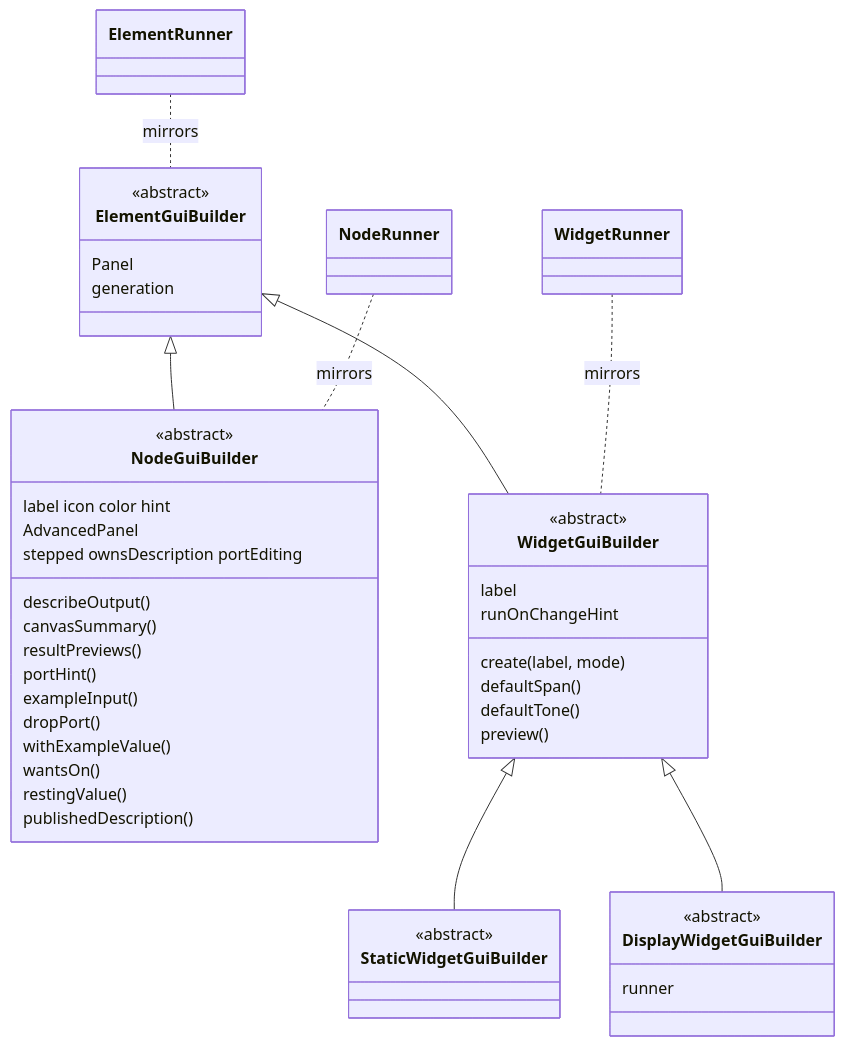
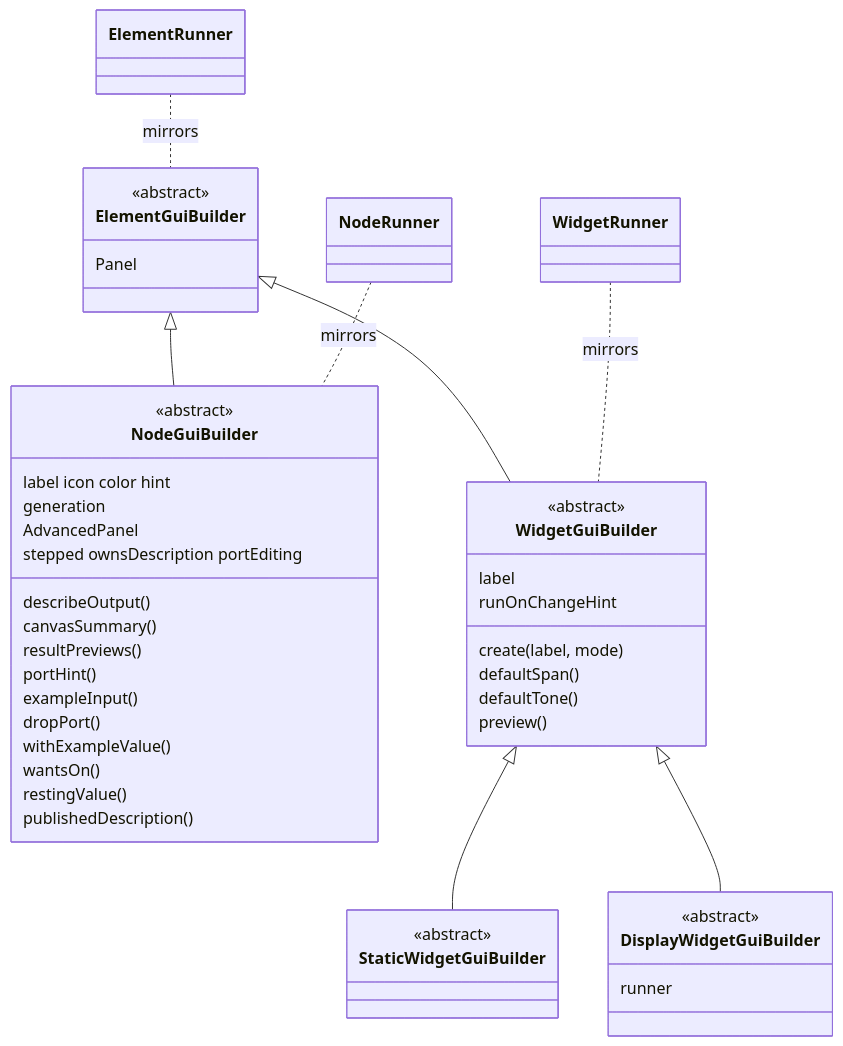
Before and after one commit to Archimedes79/AI_Graph: the fifth of 8 diagrams in arch/overview.md, drawn with Mermaid. The commit also changed other lines of this file and 18 other files, not shown here.

````diff
--- a/arch/overview.md
+++ b/arch/overview.md
@@ -262,47 +262,47 @@
 ```mermaid
 classDiagram
   class ElementGuiBuilder {
     <<abstract>>
     Panel
-    generation
   }
   class NodeGuiBuilder {
     <<abstract>>
     label icon color hint
+    generation
     AdvancedPanel
     describeOutput()
     canvasSummary()
     resultPreviews()
     stepped ownsDescription portEditing
     portHint()
     exampleInput()
     dropPort()
     withExampleValue()
     wantsOn()
     restingValue()
     publishedDescription()
   }
   class WidgetGuiBuilder {
     <<abstract>>
     label
     create(label, mode)
     defaultSpan()
     defaultTone()
     runOnChangeHint
     preview()
   }
   class StaticWidgetGuiBuilder {
     <<abstract>>
   }
   class DisplayWidgetGuiBuilder {
     <<abstract>>
     runner
   }
   ElementGuiBuilder <|-- NodeGuiBuilder
   ElementGuiBuilder <|-- WidgetGuiBuilder
   WidgetGuiBuilder <|-- StaticWidgetGuiBuilder
   WidgetGuiBuilder <|-- DisplayWidgetGuiBuilder
   ElementRunner .. ElementGuiBuilder : mirrors
   NodeRunner .. NodeGuiBuilder : mirrors
   WidgetRunner .. WidgetGuiBuilder : mirrors
 ```
````
